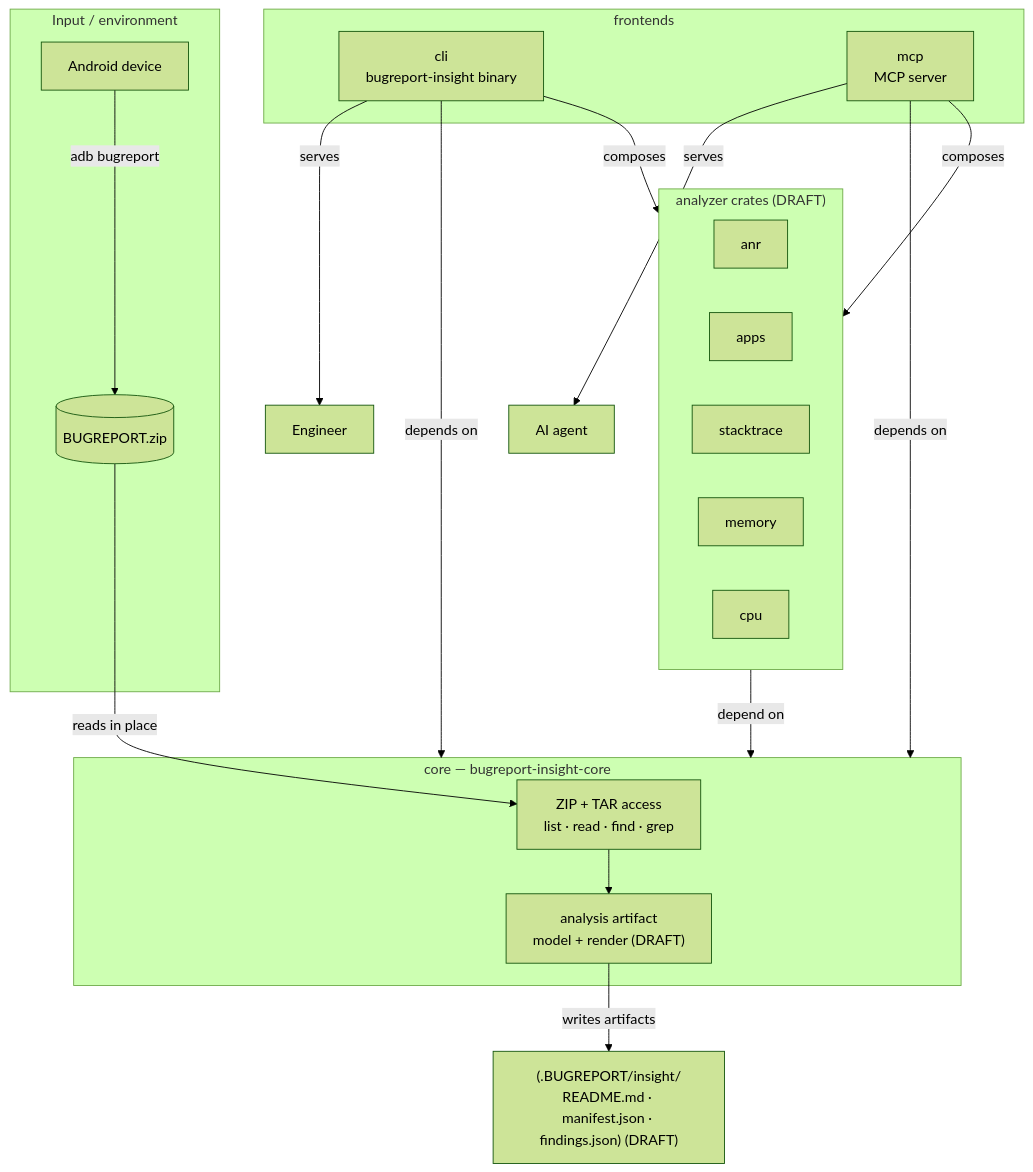
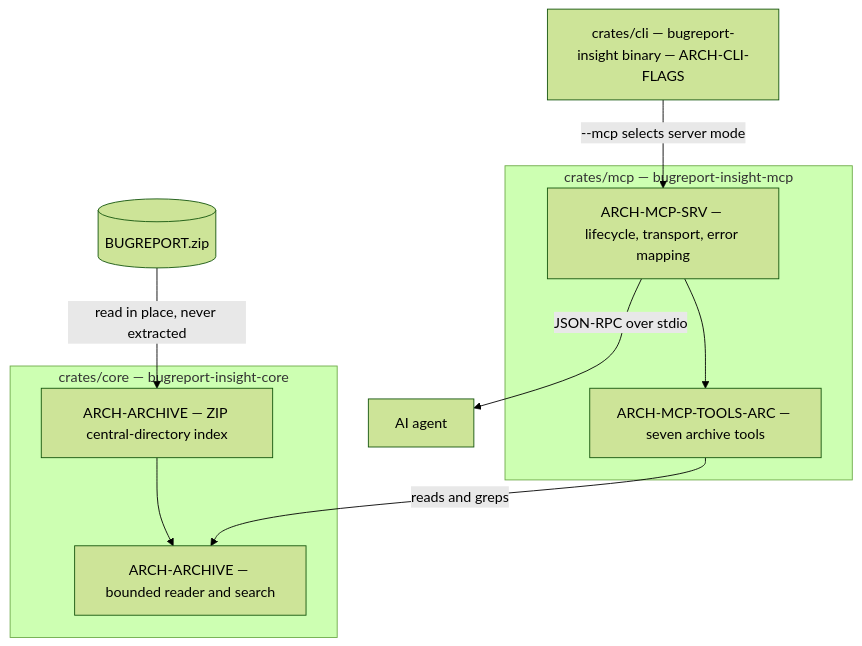
Before and after one commit to khoa-io/adb-bugreport-insight: the diagram in docs/architecture.md, drawn with Mermaid (forest theme). The commit also changed other lines of this file and 40 other files, not shown here.

First line of the commit message:
Implement read-only bugreport MCP server

````diff
--- a/docs/architecture.md
+++ b/docs/architecture.md
@@ -7,39 +25,24 @@
 ```mermaid
 flowchart TD
-    subgraph input["Input / environment"]
-        DEV[Android device] -->|"adb bugreport"| ZIP[("BUGREPORT.zip")]
+    ZIP[("BUGREPORT.zip")]
+
+    subgraph core["crates/core — bugreport-insight-core"]
+        IDX["ARCH-ARCHIVE — ZIP central-directory index"]
+        RDR["ARCH-ARCHIVE — bounded reader and search"]
+        IDX --> RDR
     end
 
-    subgraph core["core — bugreport-insight-core"]
-        ARCHIVE["ZIP + TAR access<br/>list · read · find · grep"]
-        ARTIFACT["analysis artifact<br/>model + render (DRAFT)"]
-        ARCHIVE --> ARTIFACT
+    subgraph mcp["crates/mcp — bugreport-insight-mcp"]
+        SRV["ARCH-MCP-SRV — lifecycle, transport, error mapping"]
+        TARC["ARCH-MCP-TOOLS-ARC — seven archive tools"]
+        SRV --> TARC
     end
 
-    subgraph analyzers["analyzer crates (DRAFT)"]
-        ANR[anr]
-        APPS[apps]
-        STACK[stacktrace]
-        MEM[memory]
-        CPU[cpu]
-    end
-
-    subgraph frontends["frontends"]
-        CLI["cli<br/>bugreport-insight binary"]
-        MCP["mcp<br/>MCP server"]
-    end
-
-    OUT["(.BUGREPORT/insight/<br/>README.md · manifest.json · findings.json) (DRAFT)"]
-    ENGINEER["Engineer"]
+    CLI["crates/cli — bugreport-insight binary — ARCH-CLI-FLAGS"]
     AGENT["AI agent"]
 
-    ZIP -->|"reads in place"| ARCHIVE
-    analyzers -->|"depend on"| core
-    CLI -->|"depends on"| core
-    CLI -->|"composes"| analyzers
-    MCP -->|"depends on"| core
-    MCP -->|"composes"| analyzers
-    ARTIFACT -->|"writes artifacts"| OUT
-    CLI -->|"serves"| ENGINEER
-    MCP -->|"serves"| AGENT
+    ZIP -->|"read in place, never extracted"| IDX
+    CLI -->|"--mcp selects server mode"| SRV
+    TARC -->|"reads and greps"| RDR
+    SRV -->|"JSON-RPC over stdio"| AGENT
 ```
````
